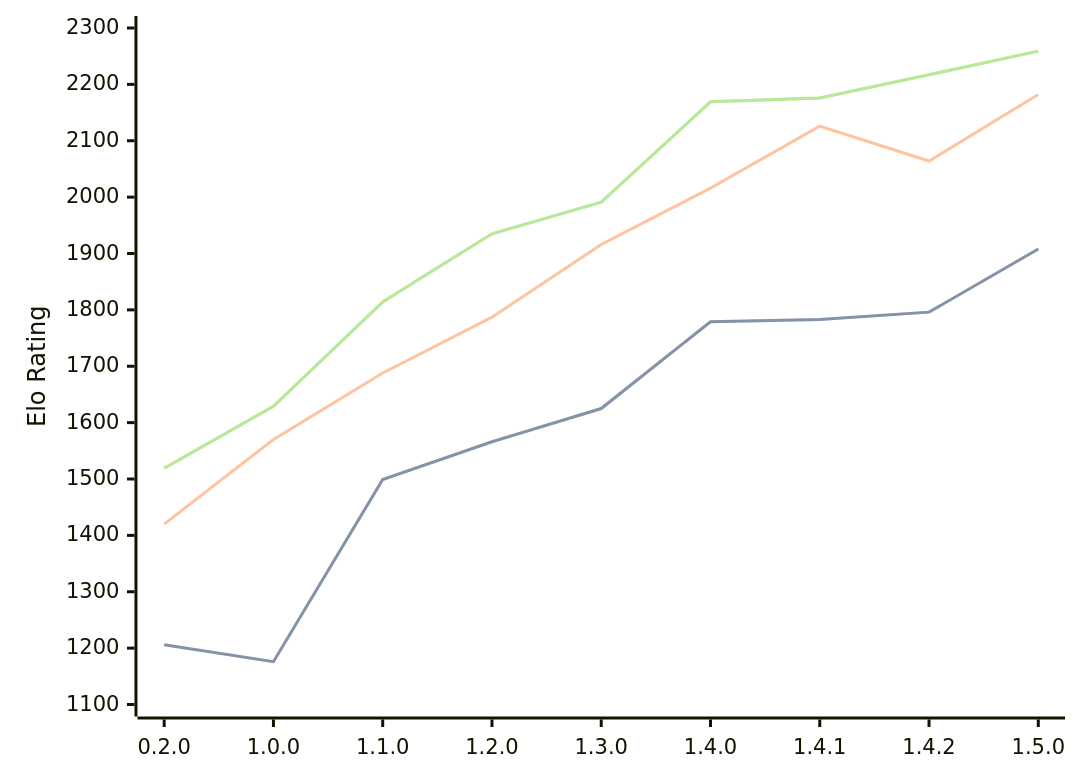
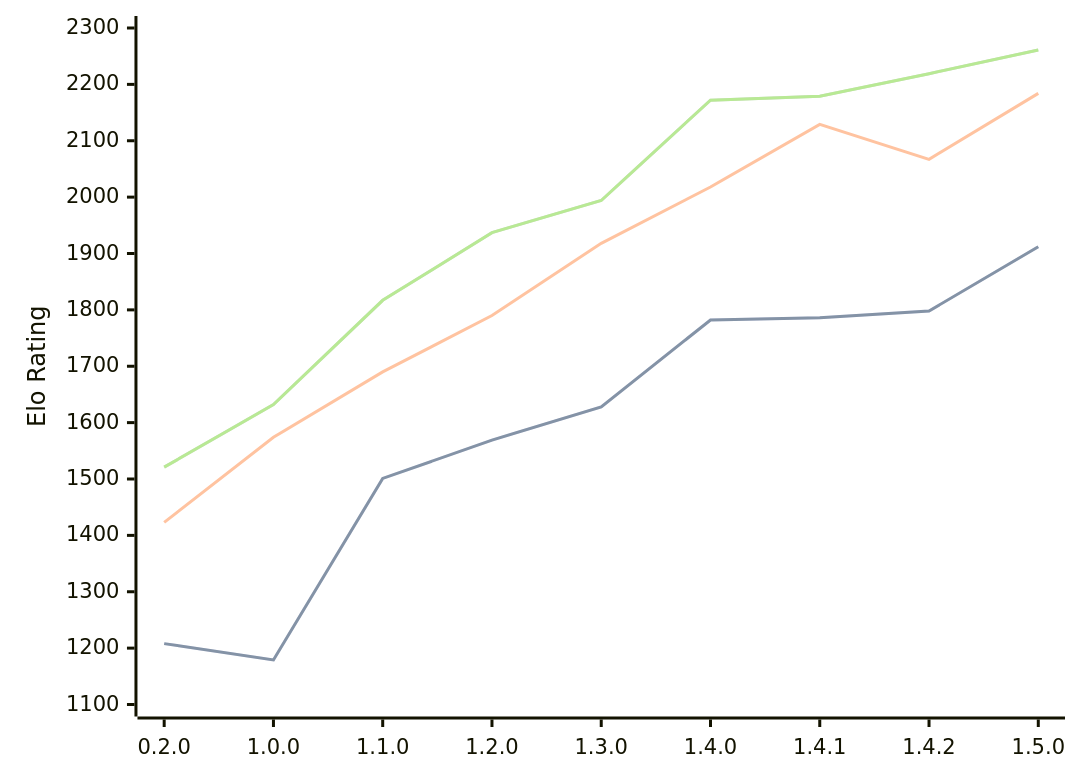
Before and after one commit to computer-chess-index/cci: the diagram in engines/Zeppelin.md, drawn with Mermaid. The commit also changed other lines of this file, not shown here.

Commit message:
Update CCI Ratings (ELO VLTC) - 2026-09-24

````diff
--- a/engines/Zeppelin.md
+++ b/engines/Zeppelin.md
@@ -39,11 +39,11 @@
 ```mermaid
 %%{init: {"theme":"base","themeVariables":{"seriesColors:['#a3a3a3','#222221','#faa371']}}}%%
 xychart-beta
   x-axis ["0.2.0", "1.0.0", "1.1.0", "1.2.0", "1.3.0", "1.4.0", "1.4.1", "1.4.2", "1.5.0"]
   y-axis "Elo Rating" 1100 --> 2300
-  line "" [1206, 1176, 1499, 1566, 1625, 1779, 1783, 1796, 1908]
-  line "STC (8.0+0.08s)" [1206, 1176, 1499, 1566, 1625, 1779, 1783, 1796, 1908]
-  line "LTC (60.0+0.60s)" [1420, 1570, 1688, 1787, 1916, 2016, 2126, 2064, 2182]
-  line "" [1519, 1629, 1814, 1935, 1991, 2169, 2176, 2217, 2259]
-  line "VLTC (2m24s+1.12s)" [1519, 1629, 1814, 1935, 1991, 2169, 2176, 2217, 2259]
+  line "" [1208, 1179, 1501, 1569, 1628, 1782, 1786, 1798, 1912]
+  line "STC (8.0+0.08s)" [1208, 1179, 1501, 1569, 1628, 1782, 1786, 1798, 1912]
+  line "LTC (60.0+0.60s)" [1423, 1574, 1690, 1790, 1918, 2018, 2129, 2067, 2184]
+  line "" [1521, 1632, 1817, 1937, 1994, 2172, 2179, 2219, 2261]
+  line "VLTC (2m24s+1.12s)" [1521, 1632, 1817, 1937, 1994, 2172, 2179, 2219, 2261]
 ```
````
